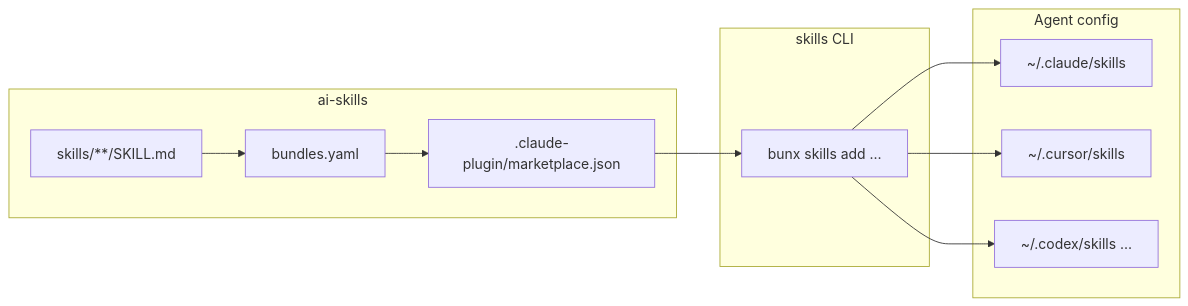
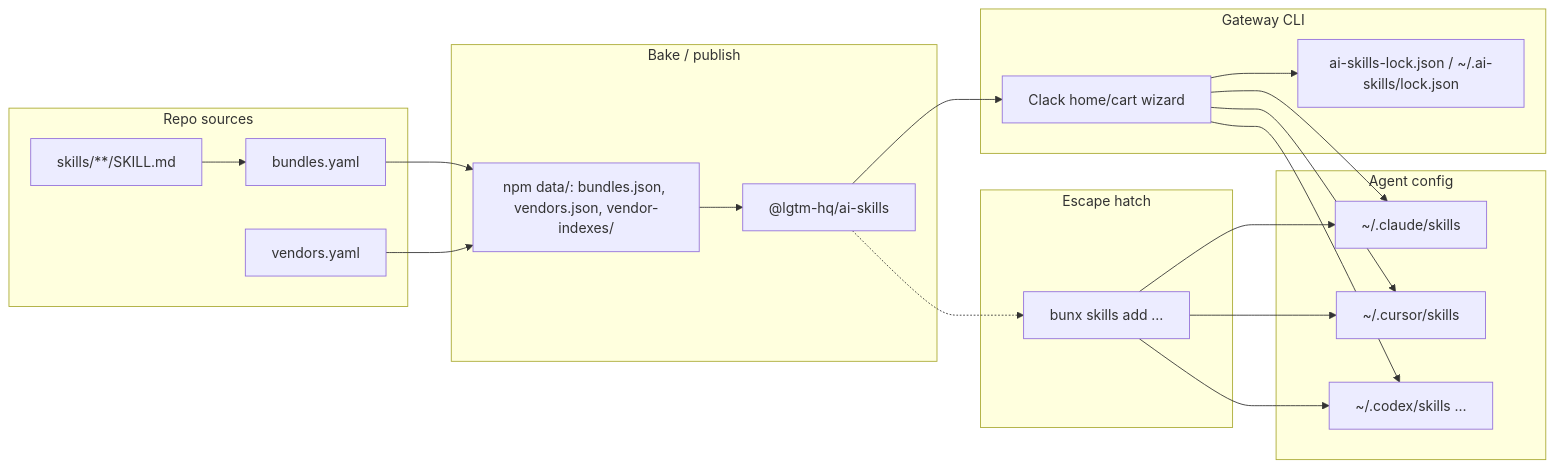
One commit to lgtm-hq/ai-skills changed the diagram in CONTRIBUTING.md. Above: the diagram before and after it, drawn with Mermaid. The commit also changed other lines of this file, not shown here.

Commit message:
fix(docs): refresh CONTRIBUTING architecture and lgtm-ci baseline (#215)

````diff
--- a/CONTRIBUTING.md
+++ b/CONTRIBUTING.md
@@ -93,22 +93,37 @@
 ```mermaid
 flowchart LR
-  subgraph repo [ai-skills]
+  subgraph sources [Repo sources]
     SK["skills/**/SKILL.md"]
     BY["bundles.yaml"]
-    MP[".claude-plugin/marketplace.json"]
+    VY["vendors.yaml"]
   end
-  subgraph cli [skills CLI]
+  subgraph bake [Bake / publish]
+    DATA["npm data/: bundles.json, vendors.json, vendor-indexes/"]
+    PKG["@lgtm-hq/ai-skills"]
+  end
+  subgraph gateway [Gateway CLI]
+    UI["Clack home/cart wizard"]
+    LOCK["ai-skills-lock.json / ~/.ai-skills/lock.json"]
+  end
+  subgraph escape [Escape hatch]
     add["bunx skills add …"]
   end
   subgraph dirs [Agent config]
     c["~/.claude/skills"]
     u["~/.cursor/skills"]
     x["~/.codex/skills …"]
   end
-  BY --> MP
   SK --> BY
-  MP --> add
+  BY --> DATA
+  VY --> DATA
+  DATA --> PKG
+  PKG --> UI
+  UI --> LOCK
+  UI --> c
+  UI --> u
+  UI --> x
+  PKG -.-> add
   add --> c
   add --> u
   add --> x
 ```
````
